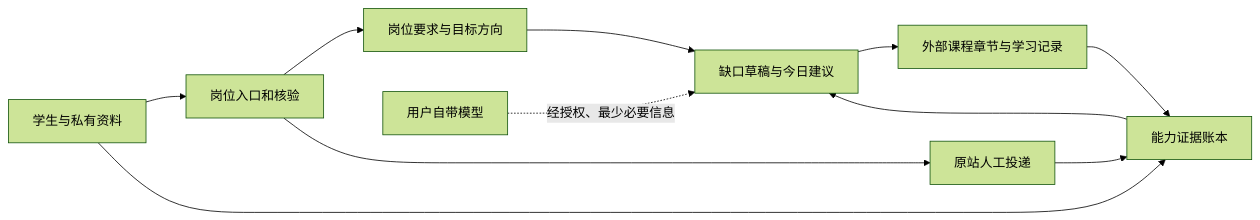
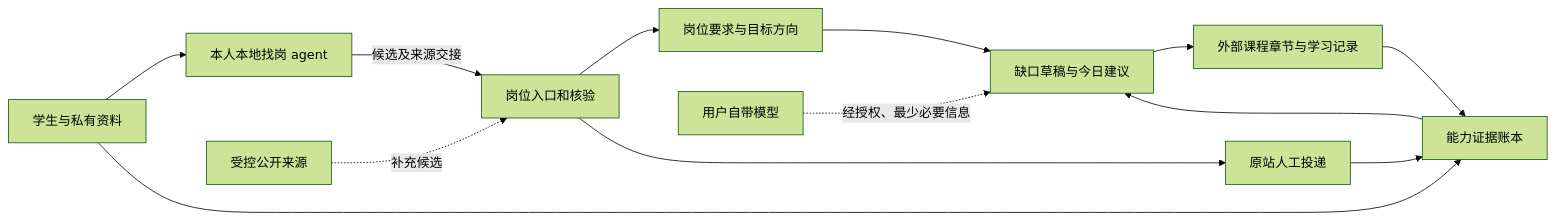
Before and after one commit to johnnyzhang-eng/career-workbench: the diagram in docs/product/architecture.md, drawn with Mermaid (forest theme). The commit also changed other lines of this file and 8 other files, not shown here.

````diff
--- a/docs/product/architecture.md
+++ b/docs/product/architecture.md
@@ -9,13 +9,15 @@
 ```mermaid
 flowchart LR
-  A[学生与私有资料] --> B[岗位入口和核验]
+  A[学生与私有资料] --> L[本人本地找岗 agent]
+  L -->|候选及来源交接| B[岗位入口和核验]
+  S[受控公开来源] -.补充候选.-> B
   B --> C[岗位要求与目标方向]
   A --> D[能力证据账本]
   C --> E[缺口草稿与今日建议]
   D --> E
   E --> F[外部课程章节与学习记录]
   F --> D
   B --> G[原站人工投递]
   G --> D
   M[用户自带模型] -.经授权、最少必要信息.-> E
 ```
````
